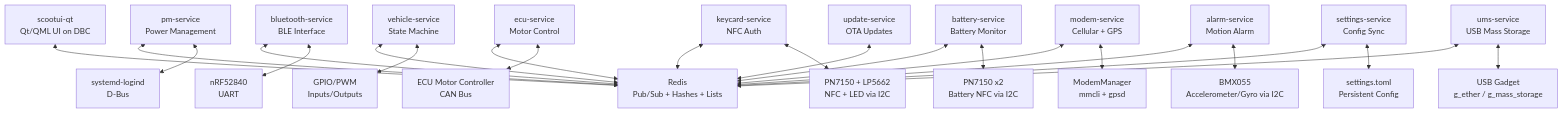
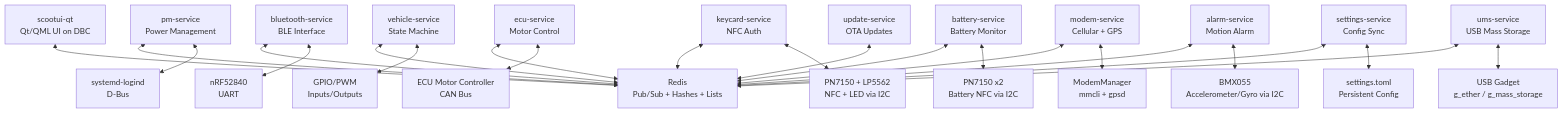
The diagram in services/README.md (librescoot/unu-tech-reference), drawn with Mermaid before and after one commit. The commit also changed other lines of this file and 2 other files, not shown here.

Commit message:
chore: fix LP5662 -> LP5562 typo

````diff
--- a/services/README.md
+++ b/services/README.md
@@ -26,52 +26,52 @@
 ```mermaid
 graph TB
     UI["scootui-qt<br/>Qt/QML UI on DBC"]
     Redis["Redis<br/>Pub/Sub + Hashes + Lists"]
 
     PM["pm-service<br/>Power Management"]
     BT["bluetooth-service<br/>BLE Interface"]
     VH["vehicle-service<br/>State Machine"]
     ECU["ecu-service<br/>Motor Control"]
     KC["keycard-service<br/>NFC Auth"]
     BAT["battery-service<br/>Battery Monitor"]
     MDM["modem-service<br/>Cellular + GPS"]
     ALM["alarm-service<br/>Motion Alarm"]
     SET["settings-service<br/>Config Sync"]
     UMS["ums-service<br/>USB Mass Storage"]
     UPD["update-service<br/>OTA Updates"]
 
     LOGIND["systemd-logind<br/>D-Bus"]
     NRF["nRF52840<br/>UART"]
     GPIO["GPIO/PWM<br/>Inputs/Outputs"]
     CAN["ECU Motor Controller<br/>CAN Bus"]
-    NFC1["PN7150 + LP5662<br/>NFC + LED via I2C"]
+    NFC1["PN7150 + LP5562<br/>NFC + LED via I2C"]
     NFC2["PN7150 x2<br/>Battery NFC via I2C"]
     MODEM["ModemManager<br/>mmcli + gpsd"]
     BMX["BMX055<br/>Accelerometer/Gyro via I2C"]
     TOML["settings.toml<br/>Persistent Config"]
     USB["USB Gadget<br/>g_ether / g_mass_storage"]
 
     UI <--> Redis
     PM <--> Redis
     BT <--> Redis
     VH <--> Redis
     ECU <--> Redis
     KC <--> Redis
     BAT <--> Redis
     MDM <--> Redis
     ALM <--> Redis
     SET <--> Redis
     UMS <--> Redis
     UPD <--> Redis
 
     PM <--> LOGIND
     BT <--> NRF
     VH <--> GPIO
     ECU <--> CAN
     KC <--> NFC1
     BAT <--> NFC2
     MDM <--> MODEM
     ALM <--> BMX
     SET <--> TOML
     UMS <--> USB
 ```
````
